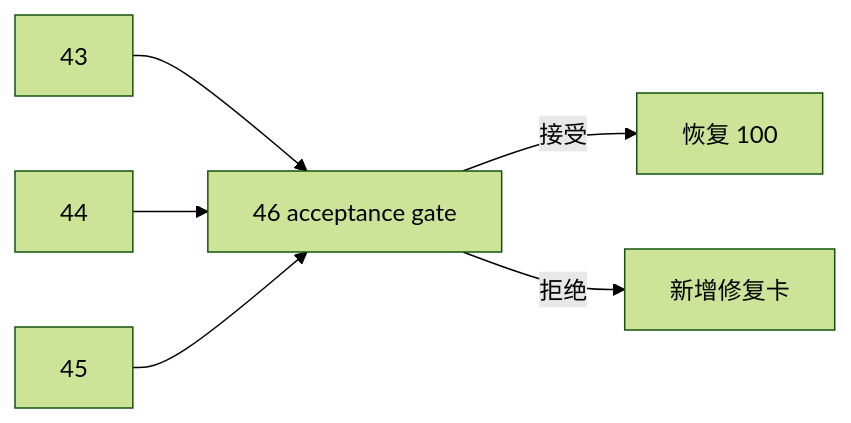
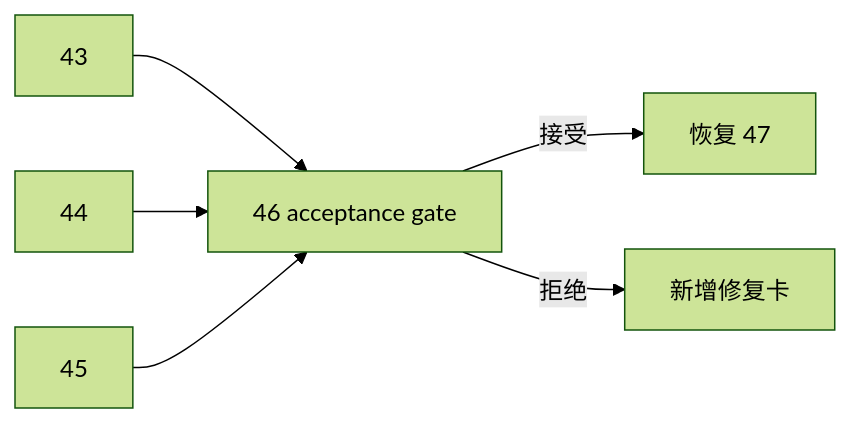
One commit to everything-is-simple/lifespan-0.01 changed the diagram in docs/03-execution/46-pre-position-upstream-acceptance-gate-card-20260413.md. Above: the diagram before and after it, drawn with Mermaid (forest theme). The commit also changed other lines of this file and 10 other files, not shown here.

````diff
--- a/docs/03-execution/46-pre-position-upstream-acceptance-gate-card-20260413.md
+++ b/docs/03-execution/46-pre-position-upstream-acceptance-gate-card-20260413.md
@@ -80,8 +77,8 @@
 ```mermaid
 flowchart LR
     C43["43"] --> G["46 acceptance gate"]
     C44["44"] --> G
     C45["45"] --> G
-    G -->|接受| C100["恢复 100"]
+    G -->|接受| C47["恢复 47"]
     G -->|拒绝| FIX["新增修复卡"]
 ```
````
